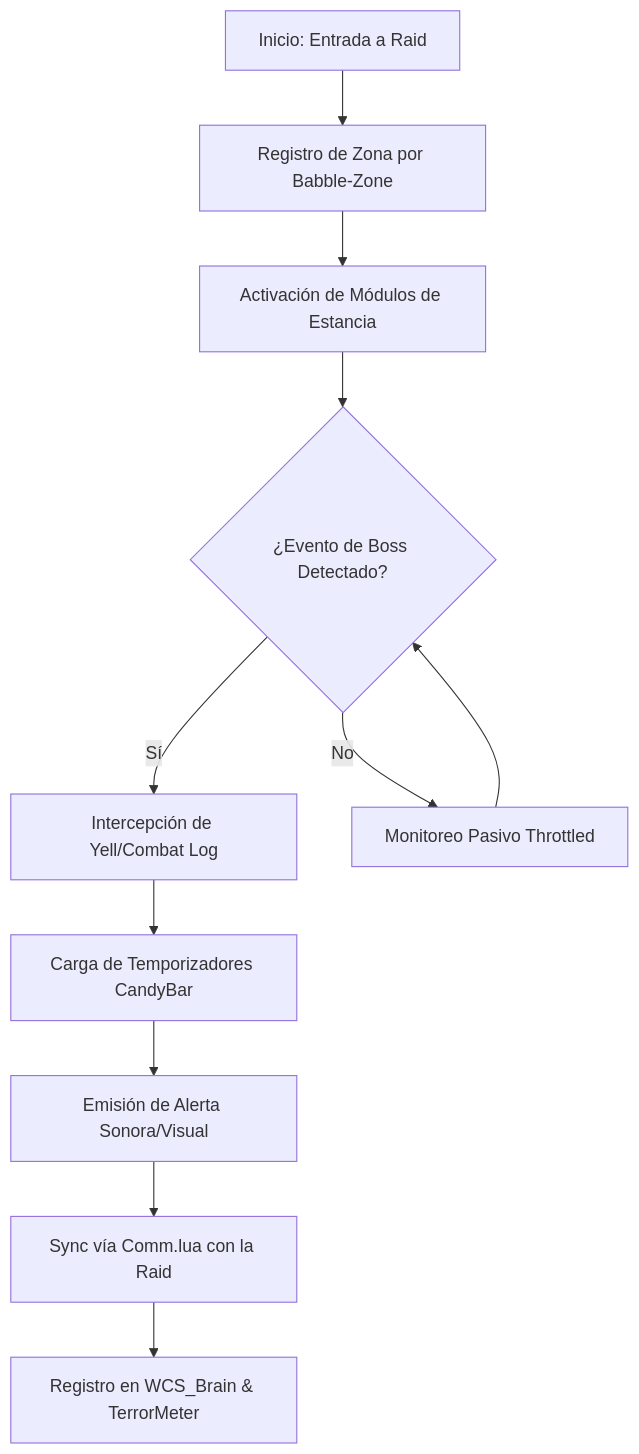
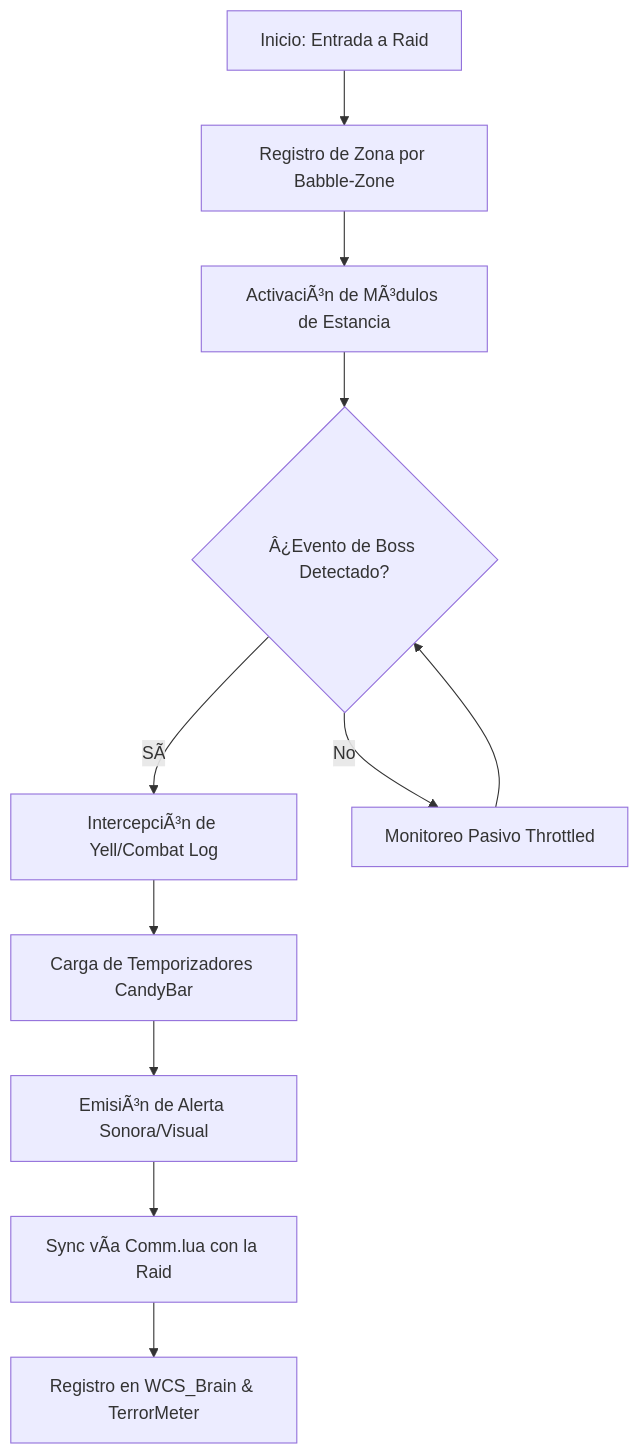
Before and after one commit to DarckRovert/BigWigs-El-Sequito-del-Terror-Edition: the diagram in wiki/Architecture.md, drawn with Mermaid. The commit also changed other lines of this file and 6 other files, not shown here.

````diff
--- a/wiki/Architecture.md
+++ b/wiki/Architecture.md
@@ -18,13 +18,13 @@
 ```mermaid
 graph TD
     A[Inicio: Entrada a Raid] --> B[Registro de Zona por Babble-Zone]
-    B --> C[Activación de Módulos de Estancia]
-    C --> D{¿Evento de Boss Detectado?}
-    D -- Sí --> E[Intercepción de Yell/Combat Log]
+    B --> C[ActivaciÃ³n de MÃ³dulos de Estancia]
+    C --> D{Â¿Evento de Boss Detectado?}
+    D -- SÃ­ --> E[IntercepciÃ³n de Yell/Combat Log]
     E --> F[Carga de Temporizadores CandyBar]
-    F --> G[Emisión de Alerta Sonora/Visual]
-    G --> H[Sync vía Comm.lua con la Raid]
+    F --> G[EmisiÃ³n de Alerta Sonora/Visual]
+    G --> H[Sync vÃ­a Comm.lua con la Raid]
     H --> I[Registro en WCS_Brain & TerrorMeter]
     D -- No --> J[Monitoreo Pasivo Throttled]
     J --> D
 ```
````
